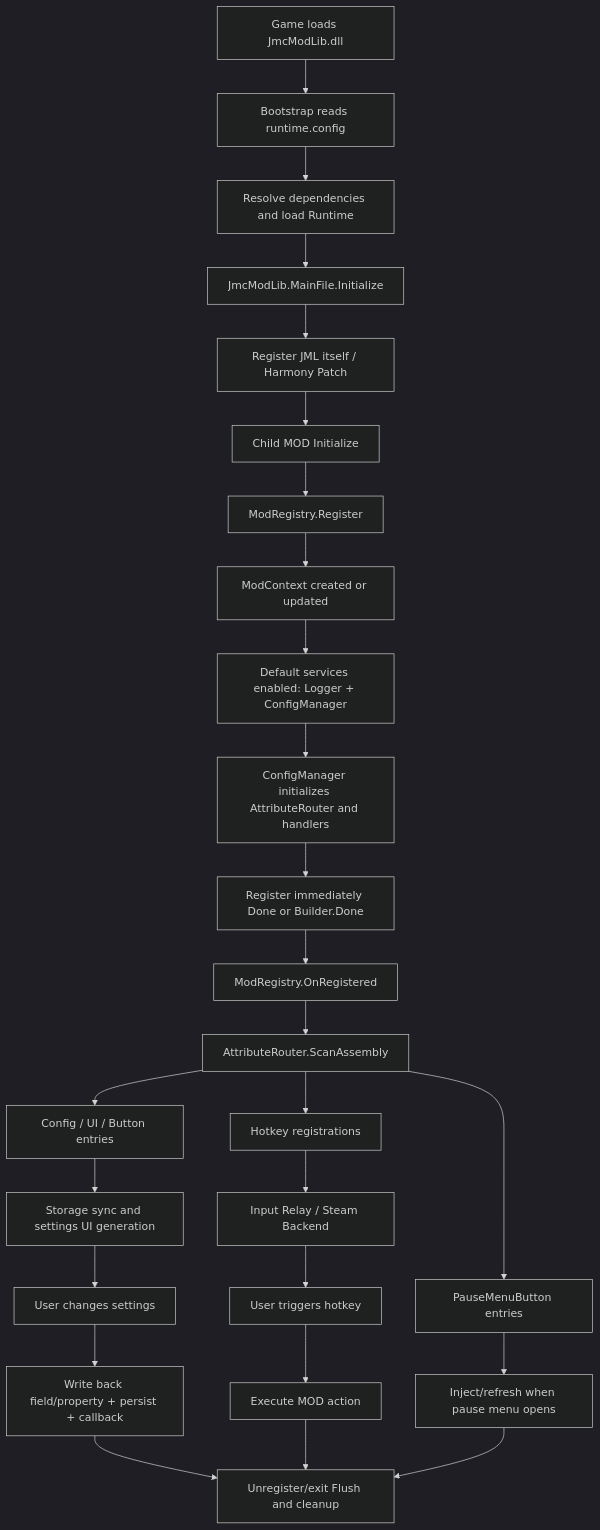
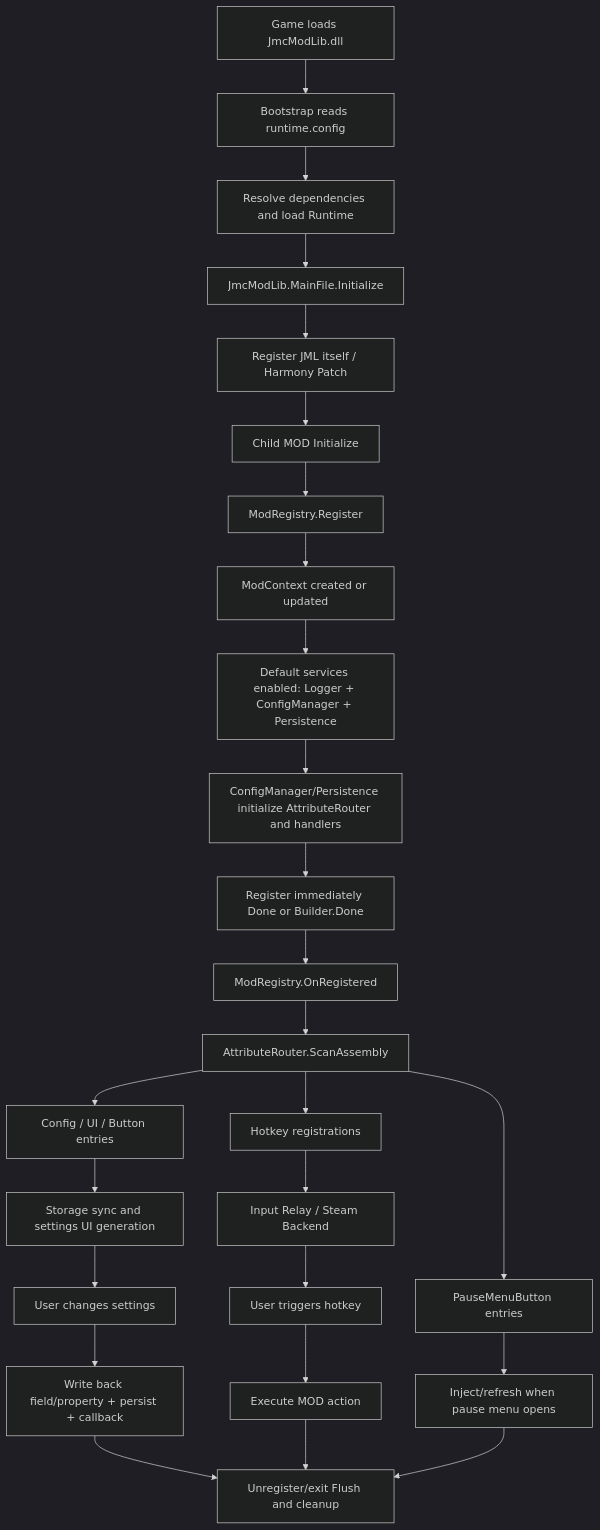
The first of 16 diagrams in docs/JML_API_Reference_en.md (JMC-Mods/SlayTheSpire2_JmcModLib), drawn with Mermaid (dark theme) before and after one commit. The commit also changed other lines of this file and 35 other files, not shown here.

````diff
--- a/docs/JML_API_Reference_en.md
+++ b/docs/JML_API_Reference_en.md
@@ -25,28 +26,28 @@
 ```mermaid
 flowchart TD
     A[Game loads JmcModLib.dll] --> B[Bootstrap reads runtime.config]
     B --> C[Resolve dependencies and load Runtime]
     C --> D[JmcModLib.MainFile.Initialize]
     D --> E[Register JML itself / Harmony Patch]
     E --> F[Child MOD Initialize]
     F --> G[ModRegistry.Register]
     G --> H[ModContext created or updated]
-    H --> I[Default services enabled: Logger + ConfigManager]
-    I --> J[ConfigManager initializes AttributeRouter and handlers]
+    H --> I[Default services enabled: Logger + ConfigManager + Persistence]
+    I --> J[ConfigManager/Persistence initialize AttributeRouter and handlers]
     J --> K[Register immediately Done or Builder.Done]
     K --> L[ModRegistry.OnRegistered]
     L --> M[AttributeRouter.ScanAssembly]
     M --> N1[Config / UI / Button entries]
     M --> N2[Hotkey registrations]
     M --> N3[PauseMenuButton entries]
     N1 --> O[Storage sync and settings UI generation]
     N2 --> P[Input Relay / Steam Backend]
     N3 --> V[Inject/refresh when pause menu opens]
     O --> Q[User changes settings]
     P --> R[User triggers hotkey]
     Q --> S[Write back field/property + persist + callback]
     R --> T[Execute MOD action]
     S --> U[Unregister/exit Flush and cleanup]
     T --> U
     V --> U
 ```
````
